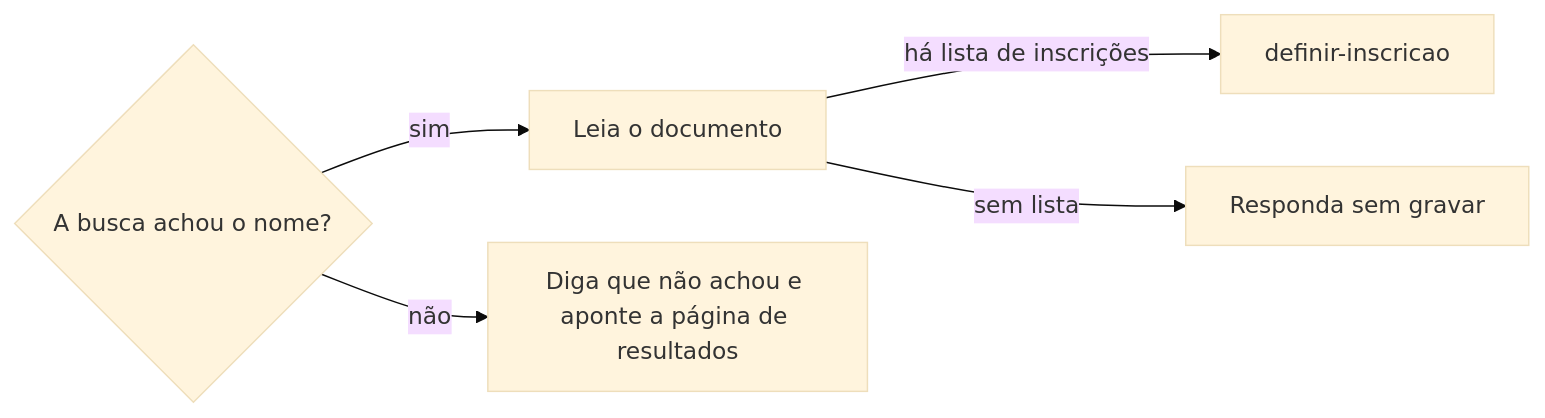
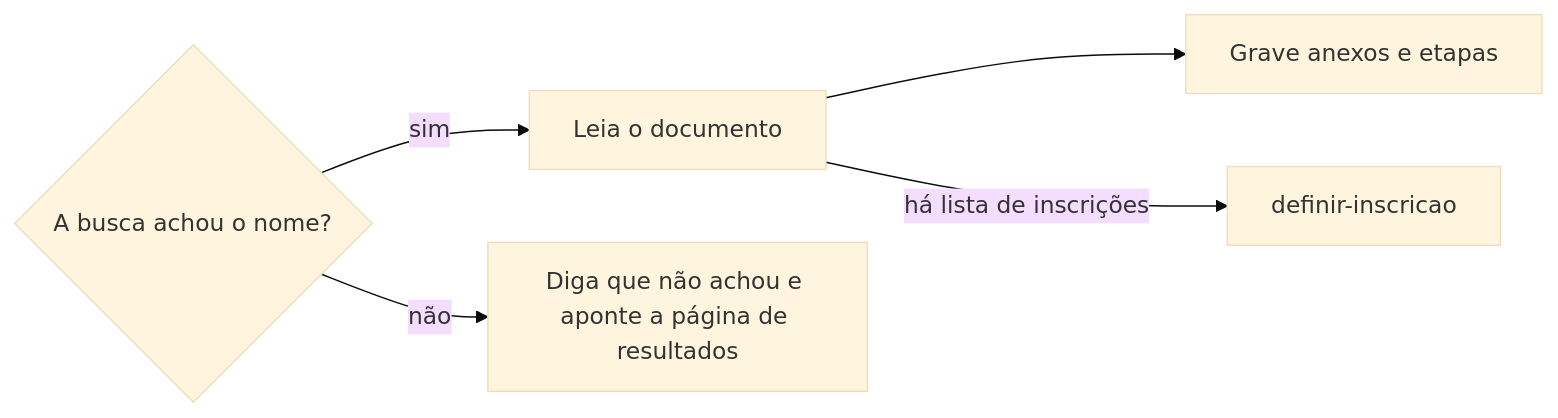
Before and after one commit to jimmyandrade/harness: the diagram in .agents/skills/acompanhar-edital/SKILL.md, drawn with Mermaid (base theme). The commit also changed other lines of this file and 3 other files, not shown here.

````diff
--- a/.agents/skills/acompanhar-edital/SKILL.md
+++ b/.agents/skills/acompanhar-edital/SKILL.md
@@ -86,7 +98,7 @@
 ```mermaid
 flowchart LR
   B{A busca achou o nome?} -->|sim| L[Leia o documento]
   B -->|não| N[Diga que não achou e aponte a página de resultados]
+  L --> G[Grave anexos e etapas]
   L -->|há lista de inscrições| D[definir-inscricao]
-  L -->|sem lista| R[Responda sem gravar]
 ```
````
